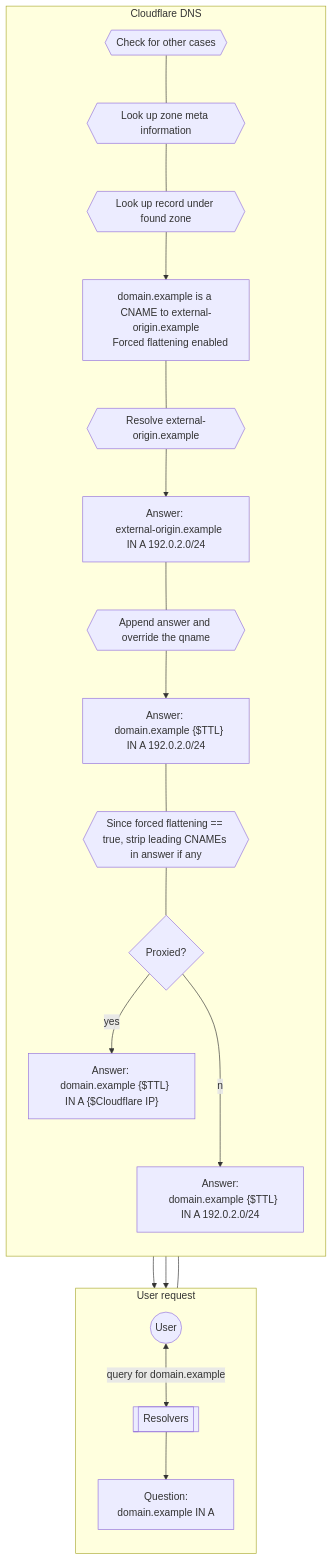
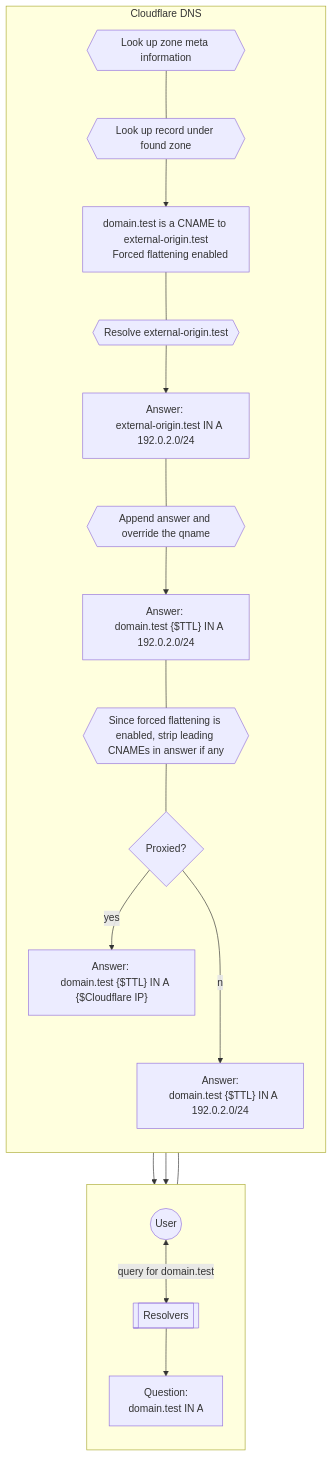
One commit to cloudflare/cloudflare-docs changed the diagram in content/dns/reference/cname-flattening-diagram.md. Above: the diagram before and after it, drawn with Mermaid. The commit also changed other lines of this file, not shown here.

Commit message:
strip technical details and improve clarity

````diff
--- a/content/dns/reference/cname-flattening-diagram.md
+++ b/content/dns/reference/cname-flattening-diagram.md
@@ -29,22 +31,22 @@
 ```mermaid
 flowchart TB
 accTitle: CNAME flattening diagram
 accDescr: Diagram of CNAME flattening process when there is a request for a domain in Cloudflare and the zone has a CNAME record at root that points to an external A record.
- subgraph X[User request]
+ subgraph X [" "]
   direction TB
-  A((User)) <--query for domain.example--> B[[Resolvers]] --> C
+  A((User)) <--query for domain.test--> B[[Resolvers]] --> C
  end
  subgraph Y[Cloudflare DNS]
   direction TB
    C["Question: 
-   domain.example IN A"] 
-   C --- D{{Check for other cases}} --- E{{Look up zone meta information}} --- F{{Look up record under found zone}} --> G["domain.example is a CNAME to external-origin.example
-   Forced flattening enabled"] --- H{{Resolve external-origin.example}} --> I["Answer: 
-   external-origin.example IN A 192.0.2.0/24"] --- J{{Append answer and override the qname}} --> K["Answer: 
-   domain.example {$TTL} IN A 192.0.2.0/24"]--- L{{Since forced flattening == true, strip leading CNAMEs in answer if any}} --- M{Proxied?}
+   domain.test IN A"] 
+   C --- E{{Look up zone meta information}} --- F{{Look up record under found zone}} --> G["domain.test is a CNAME to external-origin.test
+   Forced flattening enabled"] --- H{{Resolve external-origin.test}} --> I["Answer: 
+   external-origin.test IN A 192.0.2.0/24"] --- J{{Append answer and override the qname}} --> K["Answer: 
+   domain.test {$TTL} IN A 192.0.2.0/24"]--- L{{Since forced flattening is enabled, strip leading CNAMEs in answer if any}} --- M{Proxied?}
    M --yes--> O["Answer: 
-   domain.example {$TTL} IN A {$Cloudflare IP}"] --> B
+   domain.test {$TTL} IN A {$Cloudflare IP}"] --> B
    M --no--> N["Answer:
-   domain.example {$TTL} IN A 192.0.2.0/24"] --> B
+   domain.test {$TTL} IN A 192.0.2.0/24"] --> B
  end
 ```
````
